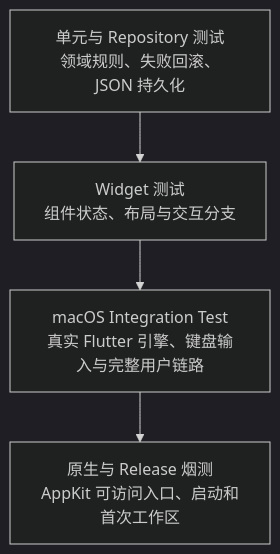
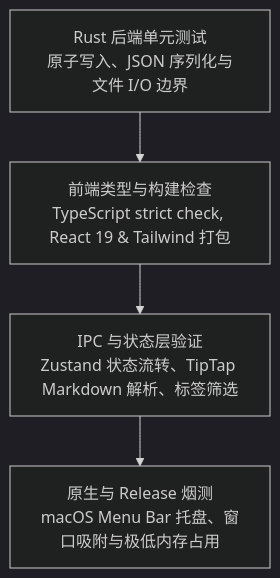
Before and after one commit to lucaslus/floatick: the diagram in docs/TESTING.md, drawn with Mermaid (dark theme). The commit also changed other lines of this file and 55 other files, not shown here.

First line of the commit message:
feat: modernize website showcase, integrate TipTap editor, and polish documentation

````diff
--- a/docs/TESTING.md
+++ b/docs/TESTING.md
@@ -6,8 +6,8 @@
 ```mermaid
 flowchart TB
-    A["单元与 Repository 测试<br/>领域规则、失败回滚、JSON 持久化"]
-    B["Widget 测试<br/>组件状态、布局与交互分支"]
-    C["macOS Integration Test<br/>真实 Flutter 引擎、键盘输入与完整用户链路"]
-    D["原生与 Release 烟测<br/>AppKit 可访问入口、启动和首次工作区"]
+    A["Rust 后端单元测试<br/>原子写入、JSON 序列化与文件 I/O 边界"]
+    B["前端类型与构建检查<br/>TypeScript strict check, React 19 & Tailwind 打包"]
+    C["IPC 与状态层验证<br/>Zustand 状态流转、TipTap Markdown 解析、标签筛选"]
+    D["原生与 Release 烟测<br/>macOS Menu Bar 托盘、窗口吸附与极低内存占用"]
     A --> B --> C --> D
 ```
````
